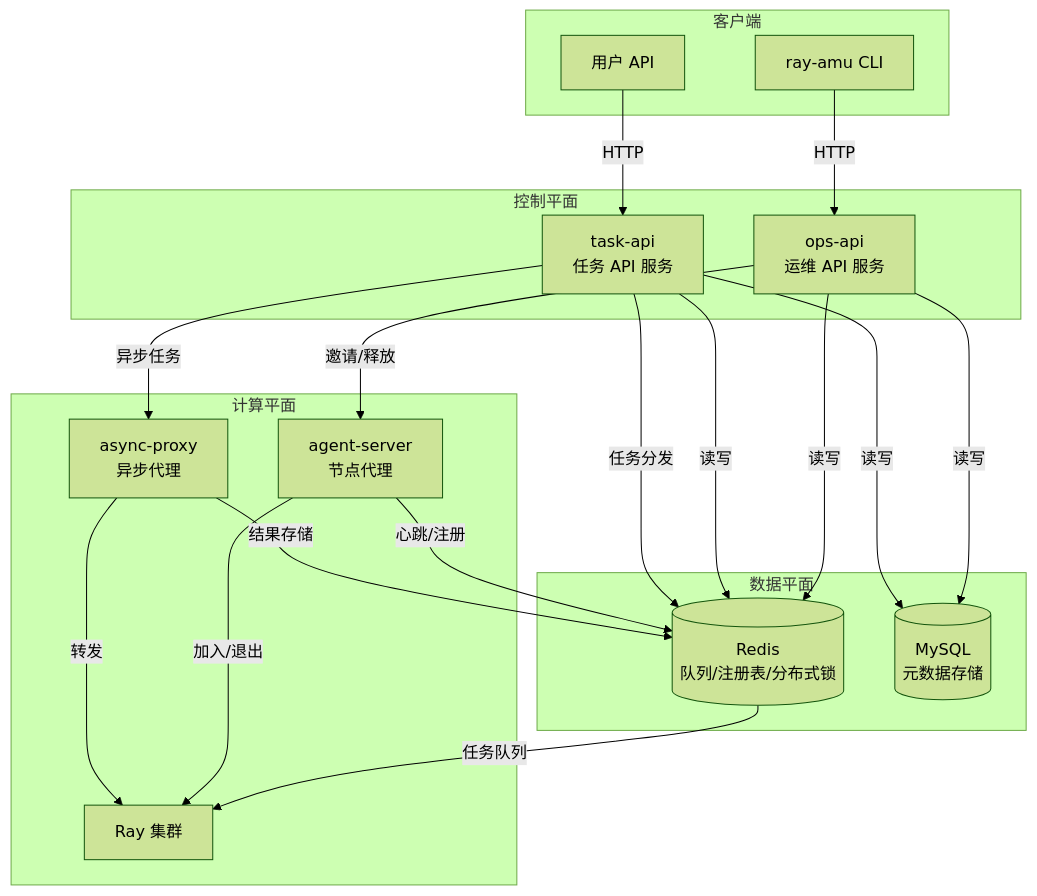
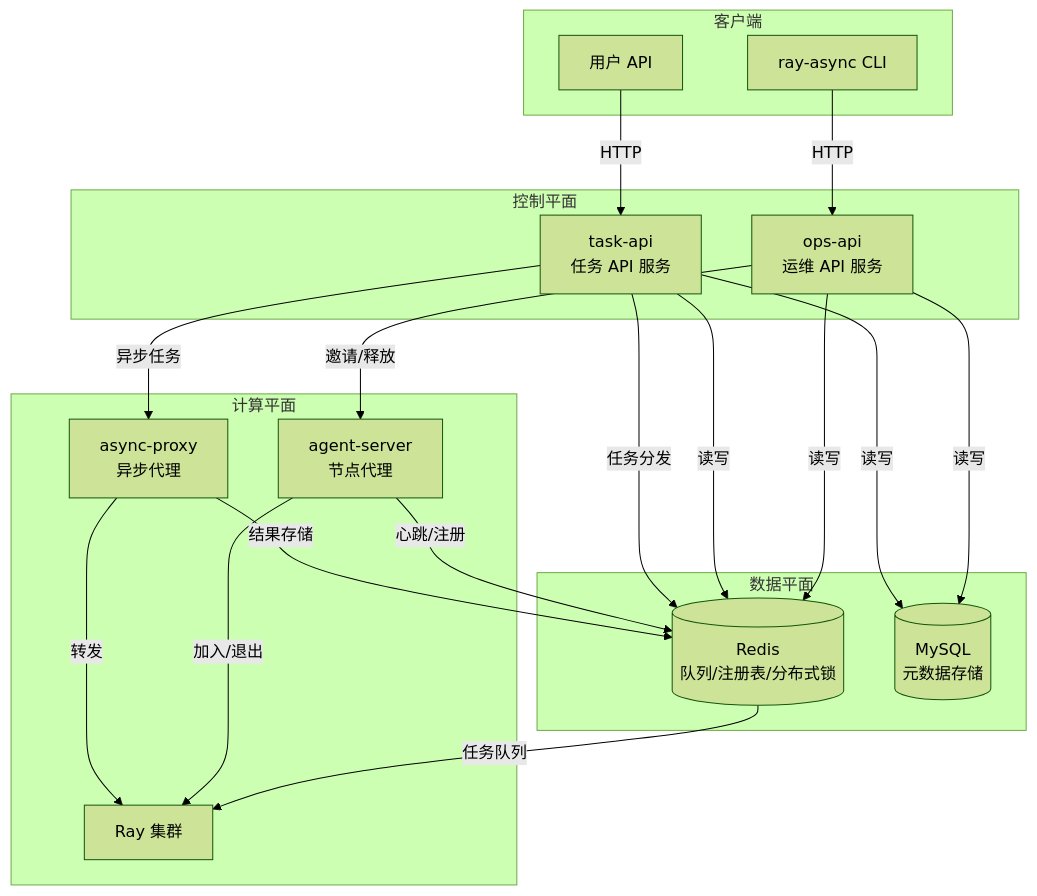
Before and after one commit to zhbxlm/async-scheduler-framework: the first of 2 diagrams in docs/deepwiki-reference/快速开始.md, drawn with Mermaid (forest theme). The commit also changed other lines of this file and 10 other files, not shown here.

First line of the commit message:
refactor: rename ray-amu → ray-async in docs/deepwiki-reference/

````diff
--- a/docs/deepwiki-reference/快速开始.md
+++ b/docs/deepwiki-reference/快速开始.md
@@ -290,42 +290,42 @@
 ```mermaid
 graph TB
     subgraph "控制平面"
         ops_api["ops-api<br/>运维 API 服务"]
         task_api["task-api<br/>任务 API 服务"]
     end
     
     subgraph "数据平面"
         redis[(Redis<br/>队列/注册表/分布式锁)]
         mysql[(MySQL<br/>元数据存储)]
     end
     
     subgraph "计算平面"
         agent["agent-server<br/>节点代理"]
         async_proxy["async-proxy<br/>异步代理"]
         ray_cluster["Ray 集群"]
     end
     
     subgraph "客户端"
-        cli["ray-amu CLI"]
+        cli["ray-async CLI"]
         user_api["用户 API"]
     end
     
     cli -->|HTTP| ops_api
     user_api -->|HTTP| task_api
     
     ops_api -->|读写| redis
     ops_api -->|读写| mysql
     task_api -->|读写| redis
     task_api -->|读写| mysql
     
     ops_api -->|邀请/释放| agent
     task_api -->|任务分发| redis
     redis -->|任务队列| ray_cluster
     
     agent -->|心跳/注册| redis
     agent -->|加入/退出| ray_cluster
     
     task_api -->|异步任务| async_proxy
     async_proxy -->|转发| ray_cluster
     async_proxy -->|结果存储| redis
 ```
````
